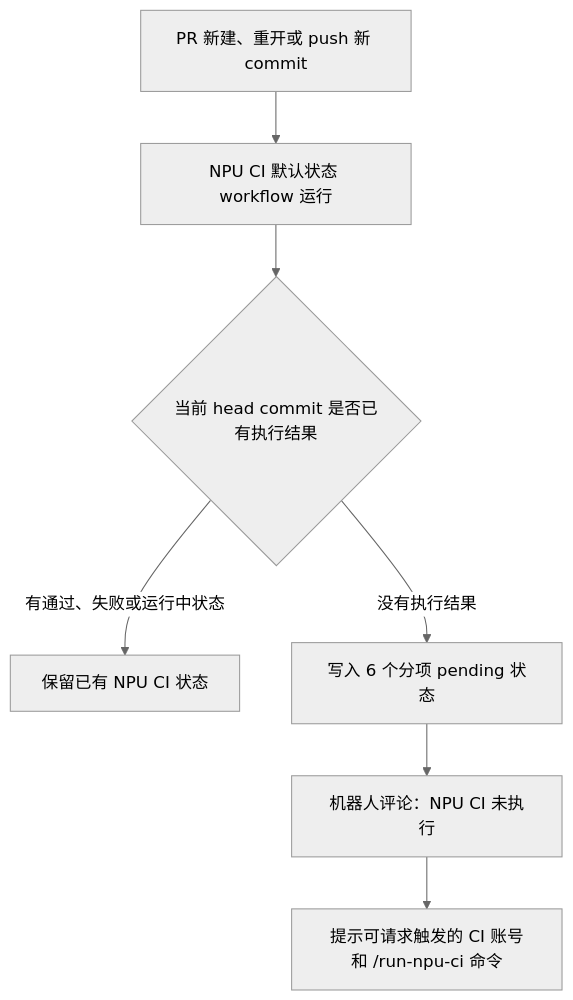
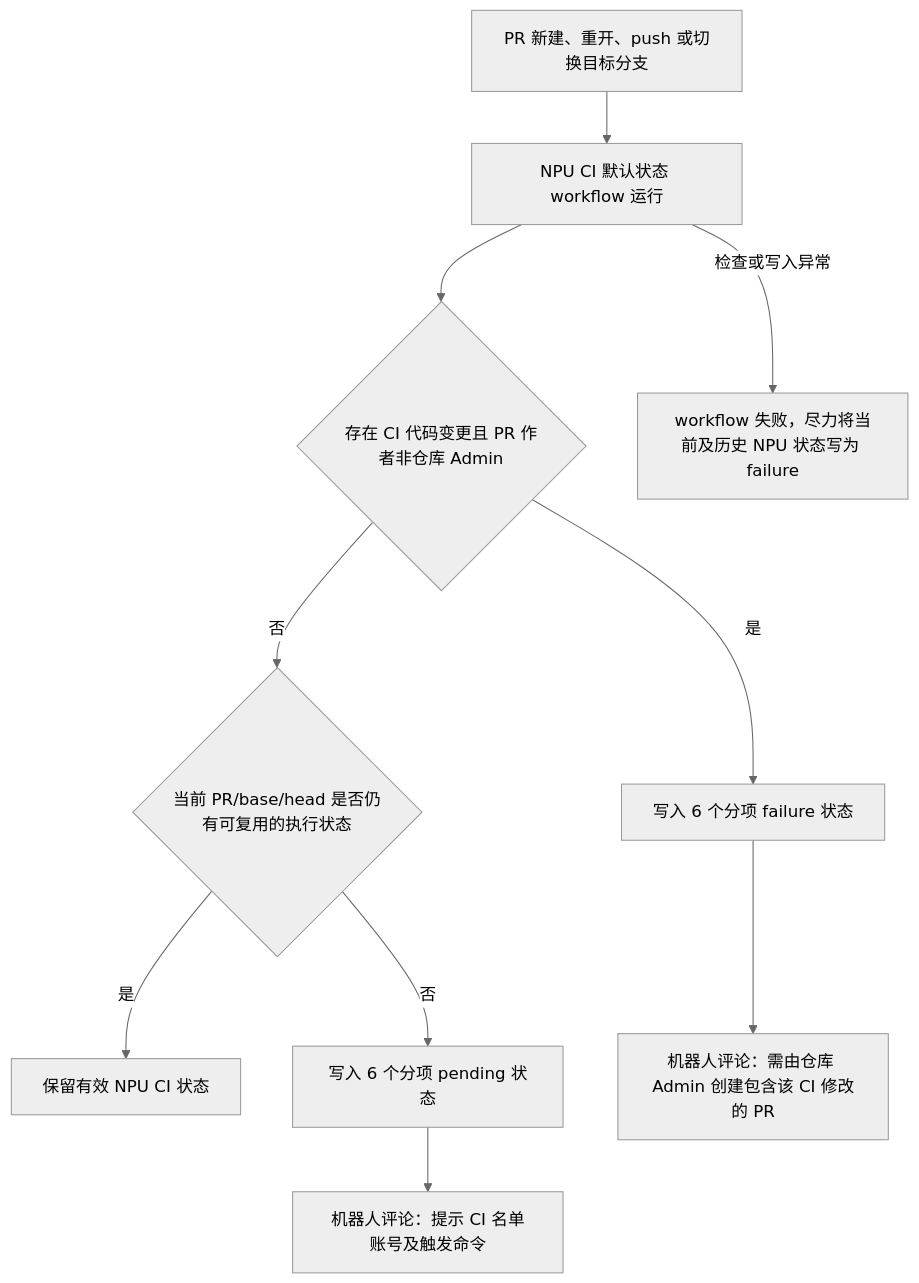
Before and after one commit to flashserve/flash-linear-attention-npu: the first of 4 diagrams in docs/Fla-npu仓CI部署教程.md, drawn with Mermaid (neutral theme). The commit also changed other lines of this file and 22 other files, not shown here.

````diff
--- a/docs/Fla-npu仓CI部署教程.md
+++ b/docs/Fla-npu仓CI部署教程.md
@@ -84,9 +84,12 @@
 ```mermaid
 flowchart TD
-    A["PR 新建、重开或 push 新 commit"] --> B["NPU CI 默认状态 workflow 运行"]
-    B --> C{"当前 head commit 是否已有执行结果"}
-    C -- "有通过、失败或运行中状态" --> D["保留已有 NPU CI 状态"]
-    C -- "没有执行结果" --> E["写入 6 个分项 pending 状态"]
-    E --> F["机器人评论：NPU CI 未执行"]
-    F --> G["提示可请求触发的 CI 账号和 /run-npu-ci 命令"]
+    A["PR 新建、重开、push 或切换目标分支"] --> B["NPU CI 默认状态 workflow 运行"]
+    B --> C{"存在 CI 代码变更且 PR 作者非仓库 Admin"}
+    C -- "是" --> F["写入 6 个分项 failure 状态"]
+    C -- "否" --> E{"当前 PR/base/head 是否仍有可复用的执行状态"}
+    E -- "是" --> D["保留有效 NPU CI 状态"]
+    E -- "否" --> G["写入 6 个分项 pending 状态"]
+    F --> H["机器人评论：需由仓库 Admin 创建包含该 CI 修改的 PR"]
+    G --> J["机器人评论：提示 CI 名单账号及触发命令"]
+    B -- "检查或写入异常" --> I["workflow 失败，尽力将当前及历史 NPU 状态写为 failure"]
 ```
````
